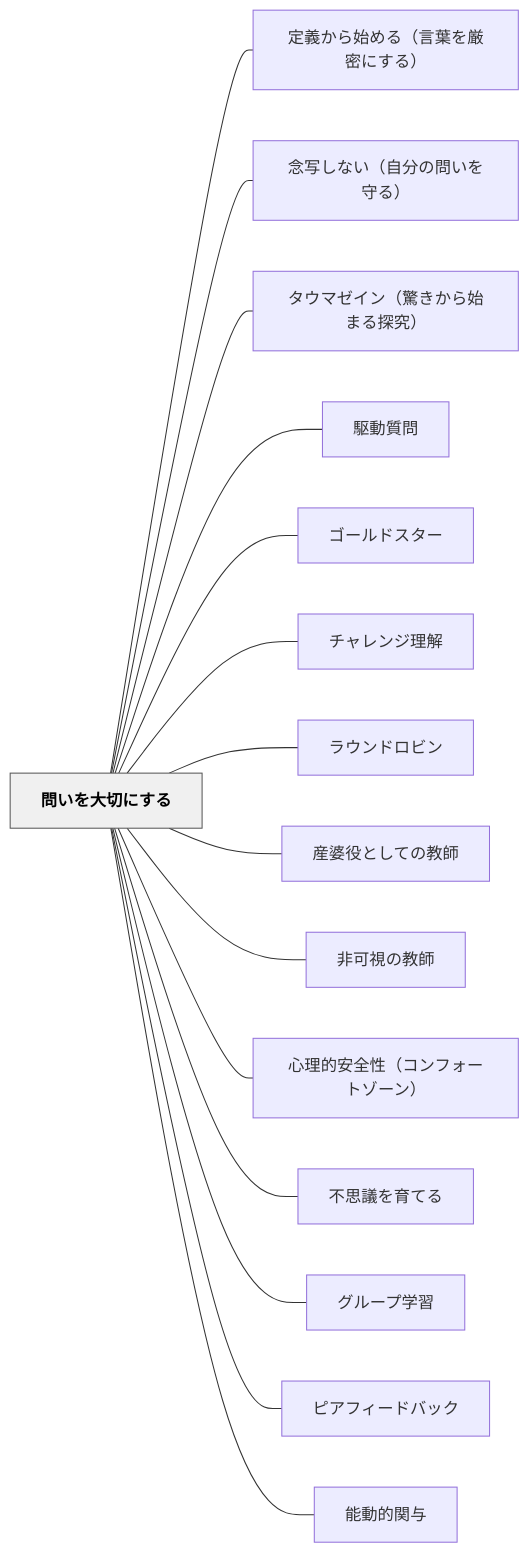
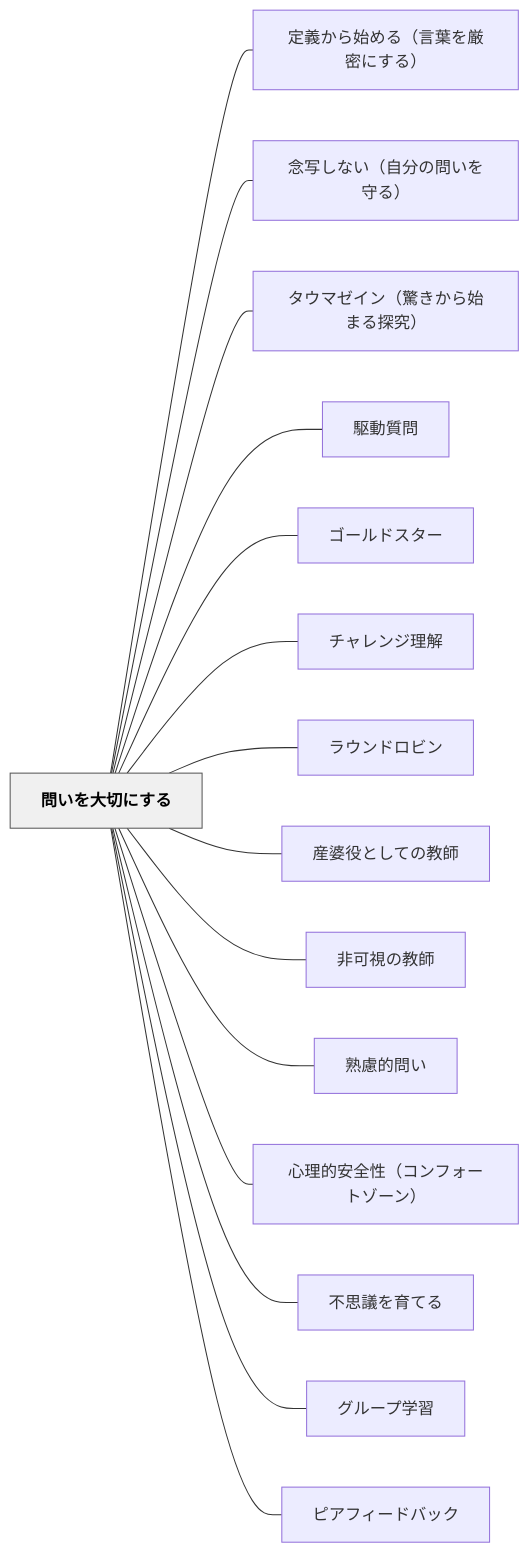
Before and after one commit to unknownthings-ed-patterns/unknownthings-ed-patterns: the diagram in content/パタン/問いを大切にする.md, drawn with Mermaid. The commit also changed other lines of this file, not shown here.

````diff
--- a/content/パタン/問いを大切にする.md
+++ b/content/パタン/問いを大切にする.md
@@ -99,36 +106,36 @@
 ```mermaid
 flowchart LR
     ne5958fe38184e38292e5a4a7e58887e381abe38199e3828b["問いを大切にする"]
     ne5ae9ae7bea9e3818be38289e5a78be38281e3828befbc88e8a880e89189e38292e58eb3e5af86e381abe38199e3828befbc89["定義から始める（言葉を厳密にする）"]
     ne5bfb5e58699e38197e381aae38184efbc88e887aae58886e381aee5958fe38184e38292e5ae88e3828befbc89["念写しない（自分の問いを守る）"]
     ne382bfe382a6e3839ee382bce382a4e383b3efbc88e9a99ae3818de3818be38289e5a78be381bee3828be68ea2e7a9b6efbc89["タウマゼイン（驚きから始まる探究）"]
     ne9a786e58b95e8b3aae5958f["駆動質問"]
     ne382b4e383bce383abe38389e382b9e382bfe383bc["ゴールドスター"]
     ne38381e383a3e383ace383b3e382b8e79086e8a7a3["チャレンジ理解"]
     ne383a9e382a6e383b3e38389e383ade38393e383b3["ラウンドロビン"]
     ne794a3e5a986e5bdb9e381a8e38197e381a6e381aee69599e5b8ab["産婆役としての教師"]
     ne99d9ee58fafe8a696e381aee69599e5b8ab["非可視の教師"]
+    ne7869fe685aee79a84e5958fe38184["熟慮的問い"]
     ne5bf83e79086e79a84e5ae89e585a8e680a7efbc88e382b3e383b3e38395e382a9e383bce38388e382bee383bce383b3efbc89["心理的安全性（コンフォートゾーン）"]
     ne4b88de6809de8adb0e38292e882b2e381a6e3828b["不思議を育てる"]
     ne382b0e383abe383bce38397e5ada6e7bf92["グループ学習"]
     ne38394e382a2e38395e382a3e383bce38389e38390e38383e382af["ピアフィードバック"]
-    ne883bde58b95e79a84e996a2e4b88e["能動的関与"]
 
     ne5958fe38184e38292e5a4a7e58887e381abe38199e3828b --- ne5ae9ae7bea9e3818be38289e5a78be38281e3828befbc88e8a880e89189e38292e58eb3e5af86e381abe38199e3828befbc89
     ne5958fe38184e38292e5a4a7e58887e381abe38199e3828b --- ne5bfb5e58699e38197e381aae38184efbc88e887aae58886e381aee5958fe38184e38292e5ae88e3828befbc89
     ne5958fe38184e38292e5a4a7e58887e381abe38199e3828b --- ne382bfe382a6e3839ee382bce382a4e383b3efbc88e9a99ae3818de3818be38289e5a78be381bee3828be68ea2e7a9b6efbc89
     ne5958fe38184e38292e5a4a7e58887e381abe38199e3828b --- ne9a786e58b95e8b3aae5958f
     ne5958fe38184e38292e5a4a7e58887e381abe38199e3828b --- ne382b4e383bce383abe38389e382b9e382bfe383bc
     ne5958fe38184e38292e5a4a7e58887e381abe38199e3828b --- ne38381e383a3e383ace383b3e382b8e79086e8a7a3
     ne5958fe38184e38292e5a4a7e58887e381abe38199e3828b --- ne383a9e382a6e383b3e38389e383ade38393e383b3
     ne5958fe38184e38292e5a4a7e58887e381abe38199e3828b --- ne794a3e5a986e5bdb9e381a8e38197e381a6e381aee69599e5b8ab
     ne5958fe38184e38292e5a4a7e58887e381abe38199e3828b --- ne99d9ee58fafe8a696e381aee69599e5b8ab
+    ne5958fe38184e38292e5a4a7e58887e381abe38199e3828b --- ne7869fe685aee79a84e5958fe38184
     ne5958fe38184e38292e5a4a7e58887e381abe38199e3828b --- ne5bf83e79086e79a84e5ae89e585a8e680a7efbc88e382b3e383b3e38395e382a9e383bce38388e382bee383bce383b3efbc89
     ne5958fe38184e38292e5a4a7e58887e381abe38199e3828b --- ne4b88de6809de8adb0e38292e882b2e381a6e3828b
     ne5958fe38184e38292e5a4a7e58887e381abe38199e3828b --- ne382b0e383abe383bce38397e5ada6e7bf92
     ne5958fe38184e38292e5a4a7e58887e381abe38199e3828b --- ne38394e382a2e38395e382a3e383bce38389e38390e38383e382af
-    ne5958fe38184e38292e5a4a7e58887e381abe38199e3828b --- ne883bde58b95e79a84e996a2e4b88e
 
     classDef hub fill:#f0f0f0,stroke:#555,color:#000,font-weight:bold
     class ne5958fe38184e38292e5a4a7e58887e381abe38199e3828b hub
 ```
````
